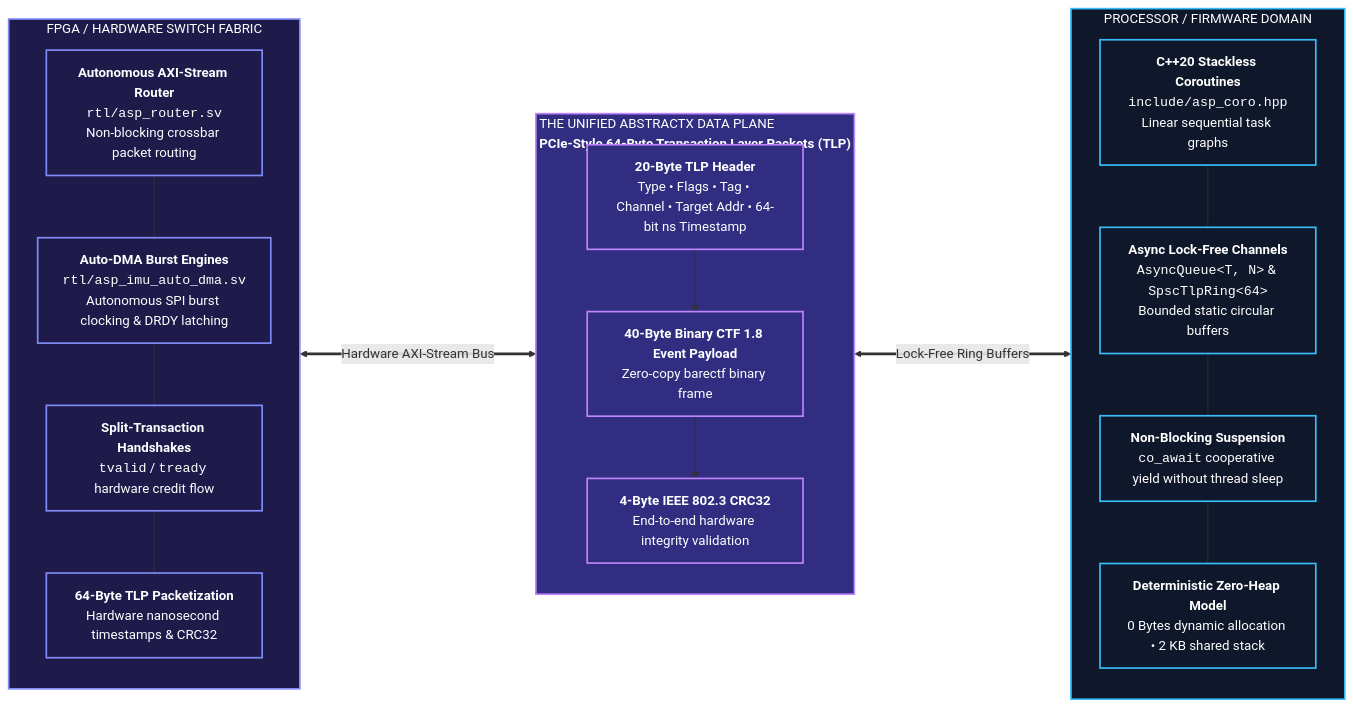
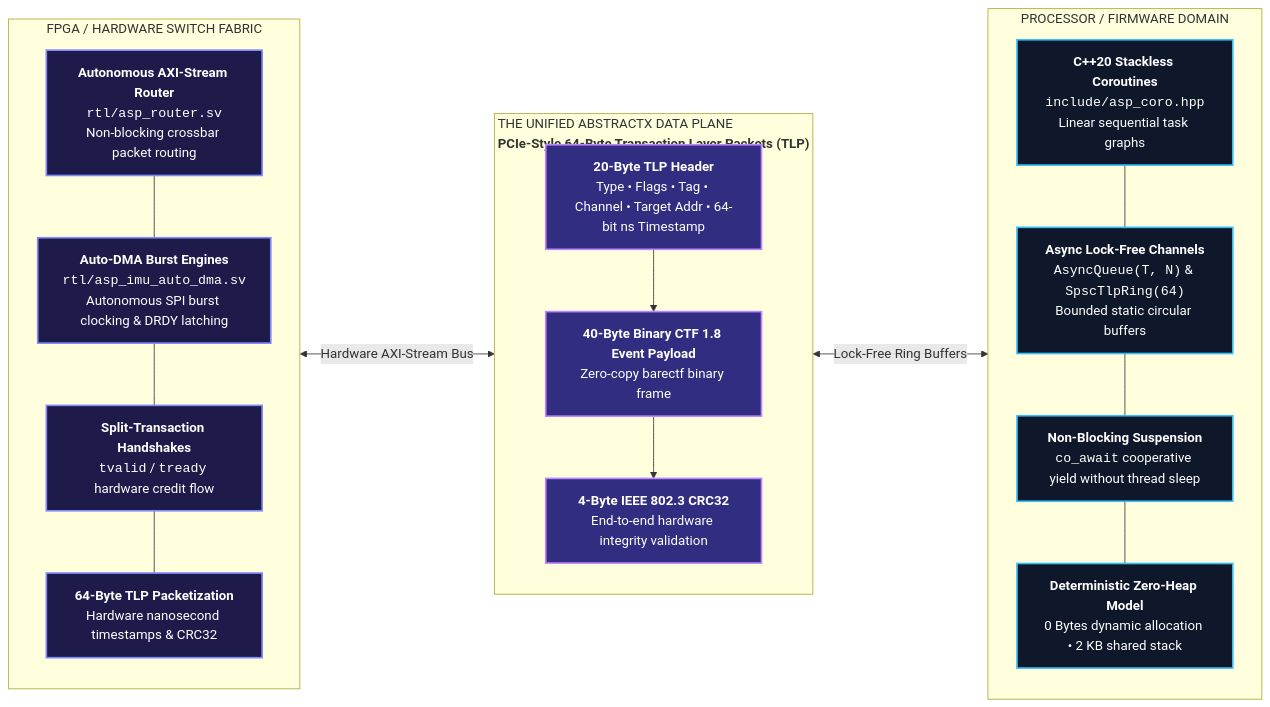
Before and after one commit to tcmichals/AbstractX: the first of 8 diagrams in README.md, drawn with Mermaid. The commit also changed other lines of this file, not shown here.

Commit message:
fix(docs): resolve GitHub markdown and Mermaid renderer syntax errors in README.md

````diff
--- a/README.md
+++ b/README.md
@@ -30,38 +34,39 @@
 ```mermaid
 flowchart LR
     subgraph HW["FPGA / HARDWARE SWITCH FABRIC"]
         direction TB
         H1["<b>Autonomous AXI-Stream Router</b><br/><code>rtl/asp_router.sv</code><br/>Non-blocking crossbar packet routing"]
         H2["<b>Auto-DMA Burst Engines</b><br/><code>rtl/asp_imu_auto_dma.sv</code><br/>Autonomous SPI burst clocking & DRDY latching"]
         H3["<b>Split-Transaction Handshakes</b><br/><code>tvalid</code> / <code>tready</code> hardware credit flow"]
         H4["<b>64-Byte TLP Packetization</b><br/>Hardware nanosecond timestamps & CRC32"]
         H1 --- H2 --- H3 --- H4
     end
 
     subgraph PLANE["THE UNIFIED ABSTRACTX DATA PLANE<br/><b>PCIe-Style 64-Byte Transaction Layer Packets (TLP)</b>"]
         direction TB
         P_HDR["<b>20-Byte TLP Header</b><br/>Type • Flags • Tag • Channel • Target Addr • 64-bit ns Timestamp"]
         P_PAYLOAD["<b>40-Byte Binary CTF 1.8 Event Payload</b><br/>Zero-copy barectf binary frame"]
         P_CRC["<b>4-Byte IEEE 802.3 CRC32</b><br/>End-to-end hardware integrity validation"]
         P_HDR --> P_PAYLOAD --> P_CRC
     end
 
     subgraph SW["PROCESSOR / FIRMWARE DOMAIN"]
         direction TB
         S1["<b>C++20 Stackless Coroutines</b><br/><code>include/asp_coro.hpp</code><br/>Linear sequential task graphs"]
-        S2["<b>Async Lock-Free Channels</b><br/><code>AsyncQueue&lt;T, N&gt;</code> & <code>SpscTlpRing&lt;64&gt;</code><br/>Bounded static circular buffers"]
+        S2["<b>Async Lock-Free Channels</b><br/><code>AsyncQueue(T, N)</code> & <code>SpscTlpRing(64)</code><br/>Bounded static circular buffers"]
         S3["<b>Non-Blocking Suspension</b><br/><code>co_await</code> cooperative yield without thread sleep"]
         S4["<b>Deterministic Zero-Heap Model</b><br/>0 Bytes dynamic allocation • 2 KB shared stack"]
         S1 --- S2 --- S3 --- S4
     end
 
-    HW <===>|Hardware AXI-Stream Bus| PLANE <===>|Lock-Free Ring Buffers| SW
+    H4 <-->|Hardware AXI-Stream Bus| P_HDR
+    P_CRC <-->|Lock-Free Ring Buffers| S1
 
     classDef hwStyle fill:#1e1b4b,stroke:#818cf8,stroke-width:2px,color:#ffffff;
     classDef planeStyle fill:#312e81,stroke:#c084fc,stroke-width:2px,color:#ffffff;
     classDef swStyle fill:#0f172a,stroke:#38bdf8,stroke-width:2px,color:#ffffff;
 
-    class HW,H1,H2,H3,H4 hwStyle;
-    class PLANE,P_HDR,P_PAYLOAD,P_CRC planeStyle;
-    class SW,S1,S2,S3,S4 swStyle;
+    class H1,H2,H3,H4 hwStyle;
+    class P_HDR,P_PAYLOAD,P_CRC planeStyle;
+    class S1,S2,S3,S4 swStyle;
 ```
````
